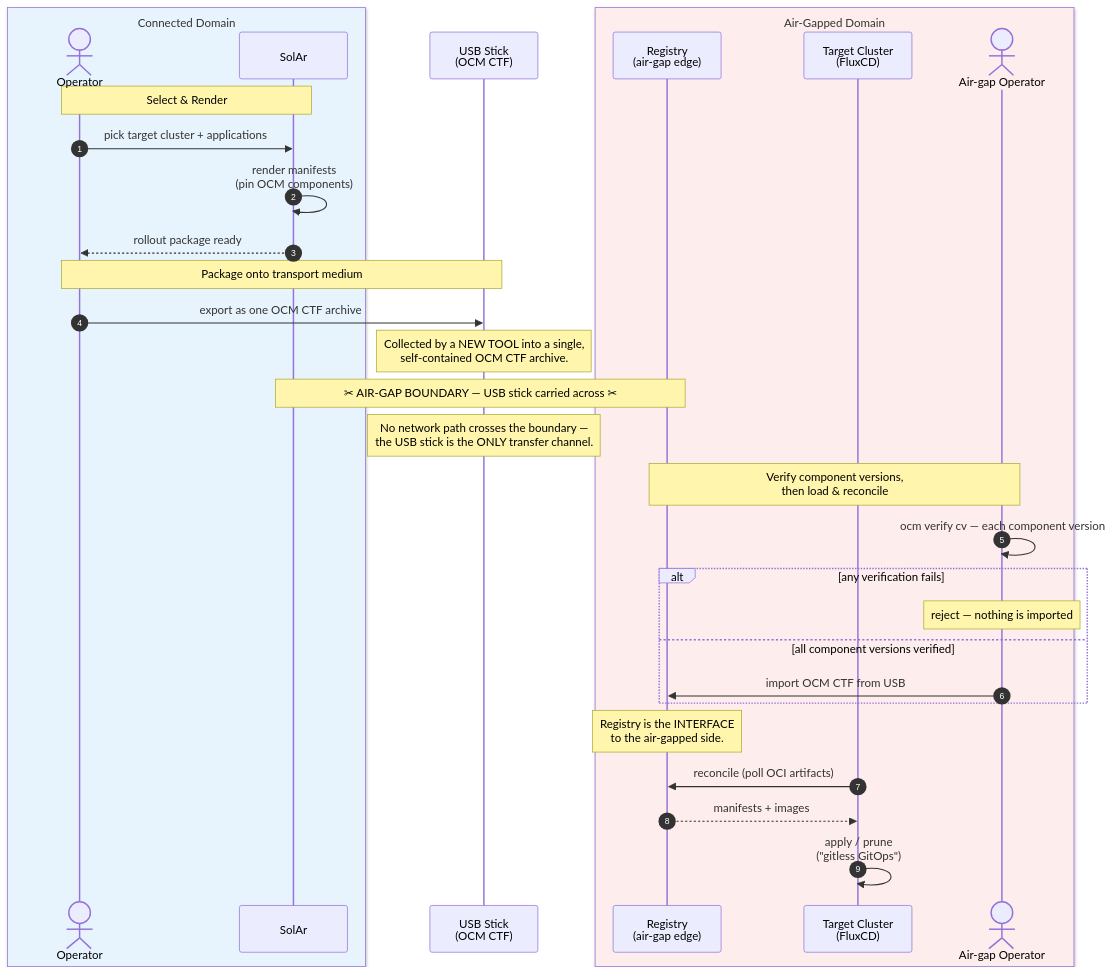
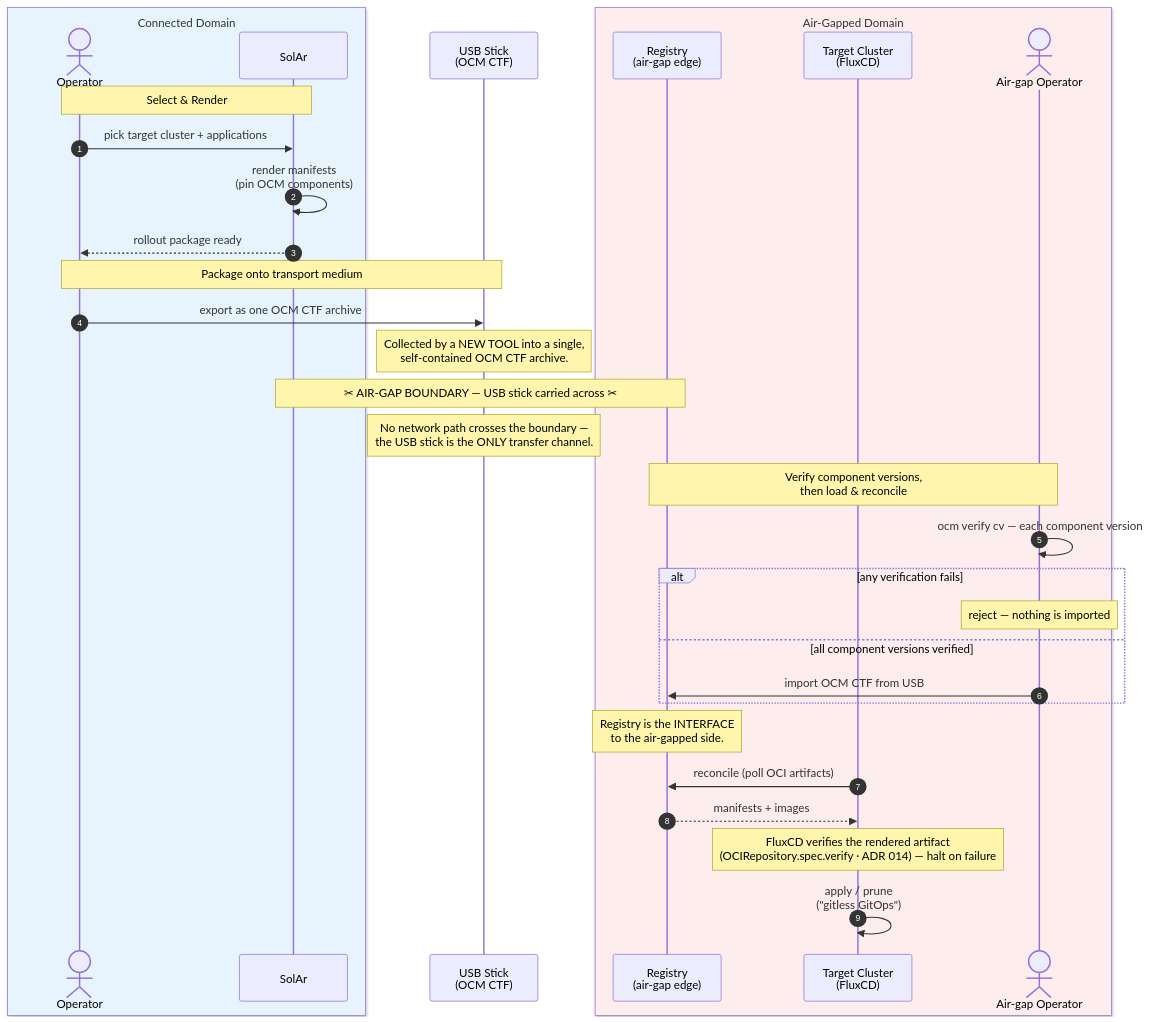
Before and after one commit to opendefensecloud/solution-arsenal: the diagram in docs/developer-guide/adrs/img/016-airgap-render-then-transport.mmd, drawn with Mermaid. The commit also changed 2 other files, not shown here.

Commit message:
docs(adr-016): document deploy-time FluxCD OCIRepository.spec.verify (two-layer verification)

```diff
--- a/docs/developer-guide/adrs/img/016-airgap-render-then-transport.mmd
+++ b/docs/developer-guide/adrs/img/016-airgap-render-then-transport.mmd
@@ -1,43 +1,44 @@
 %% Air-Gapped Catalog Chaining — Alternative pattern: Render, Transport, Gitless GitOps
 %% Selection + rendering happen in the CONNECTED domain. The result is packaged
 %% into an OCM Common Transport Format (CTF) archive on a USB stick, carried
 %% across the air-gap boundary, and reconciled into the AIR-GAPPED domain.
 sequenceDiagram
     autonumber
 
     box rgb(232,244,253) Connected Domain
         actor User as Operator
         participant SolAr as SolAr
     end
 
     participant USB as USB Stick<br/>(OCM CTF)
 
     box rgb(253,237,236) Air-Gapped Domain
         participant Reg as Registry<br/>(air-gap edge)
         participant Cluster as Target Cluster<br/>(FluxCD)
         actor Ops as Air-gap Operator
     end
 
     Note over User,SolAr: Select & Render
     User->>SolAr: pick target cluster + applications
     SolAr->>SolAr: render manifests<br/>(pin OCM components)
     SolAr-->>User: rollout package ready
 
     Note over User,USB: Package onto transport medium
     User->>USB: export as one OCM CTF archive
     Note over USB: Collected by a NEW TOOL into a single,<br/>self-contained OCM CTF archive.
 
     Note over SolAr,Reg: ✂ AIR-GAP BOUNDARY — USB stick carried across ✂
     Note over USB: No network path crosses the boundary —<br/>the USB stick is the ONLY transfer channel.
 
     Note over Reg,Ops: Verify component versions,<br/>then load & reconcile
     Ops->>Ops: ocm verify cv — each component version
     alt any verification fails
         Note over Ops: reject — nothing is imported
     else all component versions verified
         Ops->>Reg: import OCM CTF from USB
     end
     Note over Reg: Registry is the INTERFACE<br/>to the air-gapped side.
     Cluster->>Reg: reconcile (poll OCI artifacts)
     Reg-->>Cluster: manifests + images
+    Note over Cluster: FluxCD verifies the rendered artifact<br/>(OCIRepository.spec.verify · ADR 014) — halt on failure
     Cluster->>Cluster: apply / prune<br/>("gitless GitOps")
```
